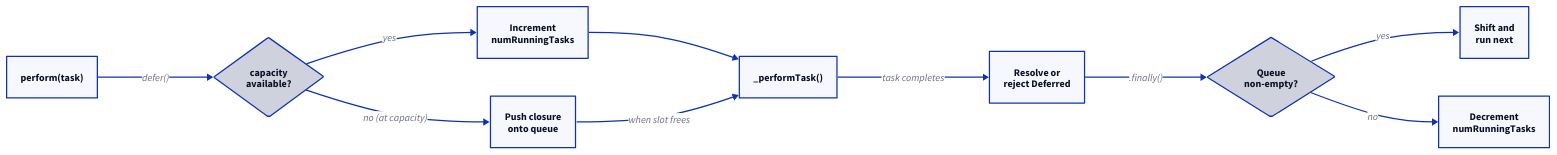
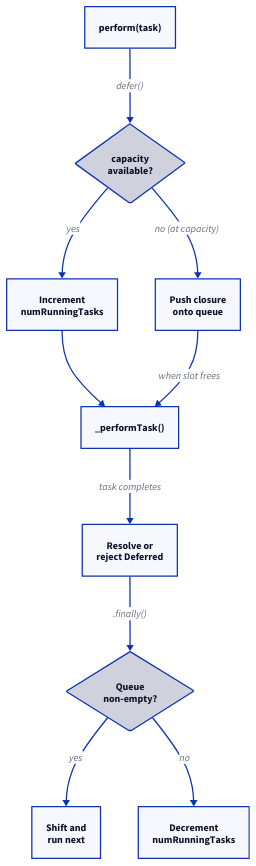
The diagram in .github/docs/components/async-queue.md (NextCapital/maybe), drawn with D2 before and after one commit. The commit also changed other lines of this file and 14 other files, not shown here.

Commit message:
(COPILOT) Condense component docs and reorganize architecture documentation [ENG-18373]

````diff
--- a/.github/docs/components/async-queue.md
+++ b/.github/docs/components/async-queue.md
@@ -183,49 +36,49 @@
 ```d2
-direction: right
+direction: down
 
 submit: "perform(task)" {
   shape: rectangle
 }
 
 check: "capacity\navailable?" {
   shape: diamond
 }
 
 run_now: "Increment\nnumRunningTasks" {
   shape: rectangle
 }
 
 enqueue: "Push closure\nonto queue" {
   shape: rectangle
 }
 
 execute: "_performTask()" {
   shape: rectangle
 }
 
 settle: "Resolve or\nreject Deferred" {
   shape: rectangle
 }
 
 advance: "Queue\nnon-empty?" {
   shape: diamond
 }
 
 dequeue: "Shift and\nrun next" {
   shape: rectangle
 }
 
 free: "Decrement\nnumRunningTasks" {
   shape: rectangle
 }
 
 submit -> check: "defer()"
 check -> run_now: "yes"
 check -> enqueue: "no (at capacity)"
 run_now -> execute
 enqueue -> execute: "when slot frees"
 execute -> settle: "task completes"
 settle -> advance: ".finally()"
 advance -> dequeue: "yes"
 advance -> free: "no"
 ```
````
